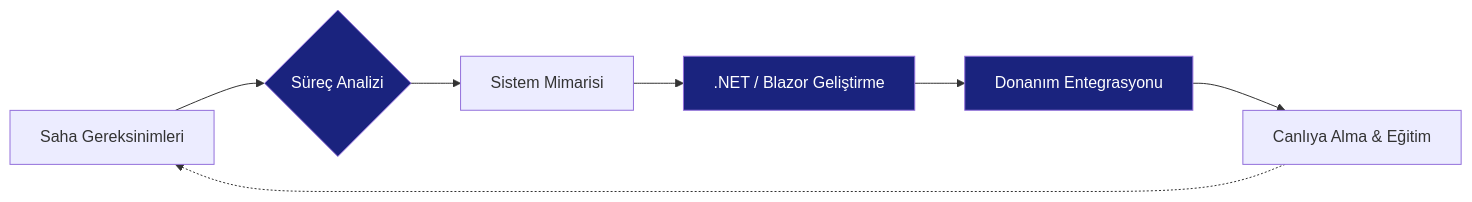
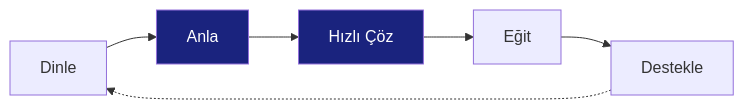
Before and after one commit to HuseyinEmreTech/HuseyinEmreTech: the diagram in README.md, drawn with Mermaid. The commit also changed other lines of this file, not shown here.

Commit message:
docs: README'yi yapay zeka destekli gelistirme odagina tasi, .NET/Blazor iddialarini kaldir

````diff
--- a/README.md
+++ b/README.md
@@ -19,12 +30,10 @@
 ```mermaid
 graph LR
-    A[Saha Gereksinimleri] --> B{Süreç Analizi}
-    B --> C[Sistem Mimarisi]
-    C --> D[.NET / Blazor Geliştirme]
-    D --> E[Donanım Entegrasyonu]
-    E --> F[Canlıya Alma & Eğitim]
-    F -.-> A
+    A[Dinle] --> B[Anla]
+    B --> C[Hızlı Çöz]
+    C --> D[Eğit]
+    D --> E[Destekle]
+    E -.-> A
     style B fill:#1a237e,color:#fff
-    style D fill:#1a237e,color:#fff
-    style E fill:#1a237e,color:#fff
+    style C fill:#1a237e,color:#fff
 ```
````
